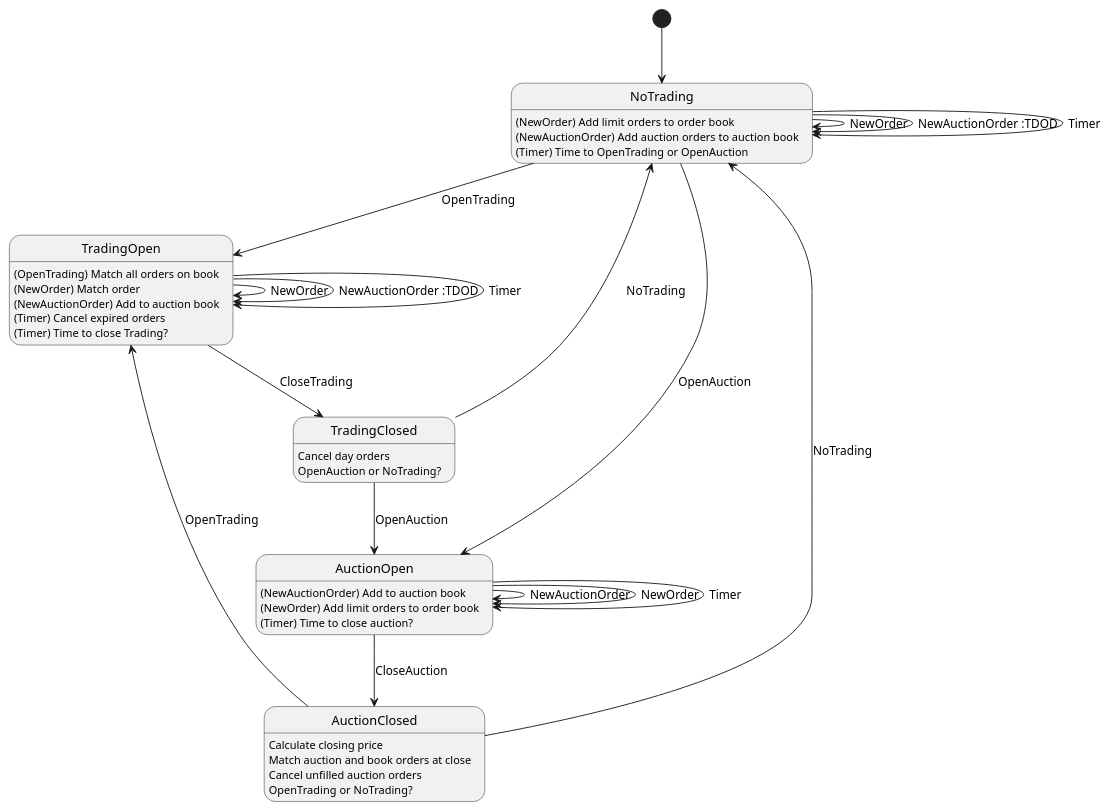
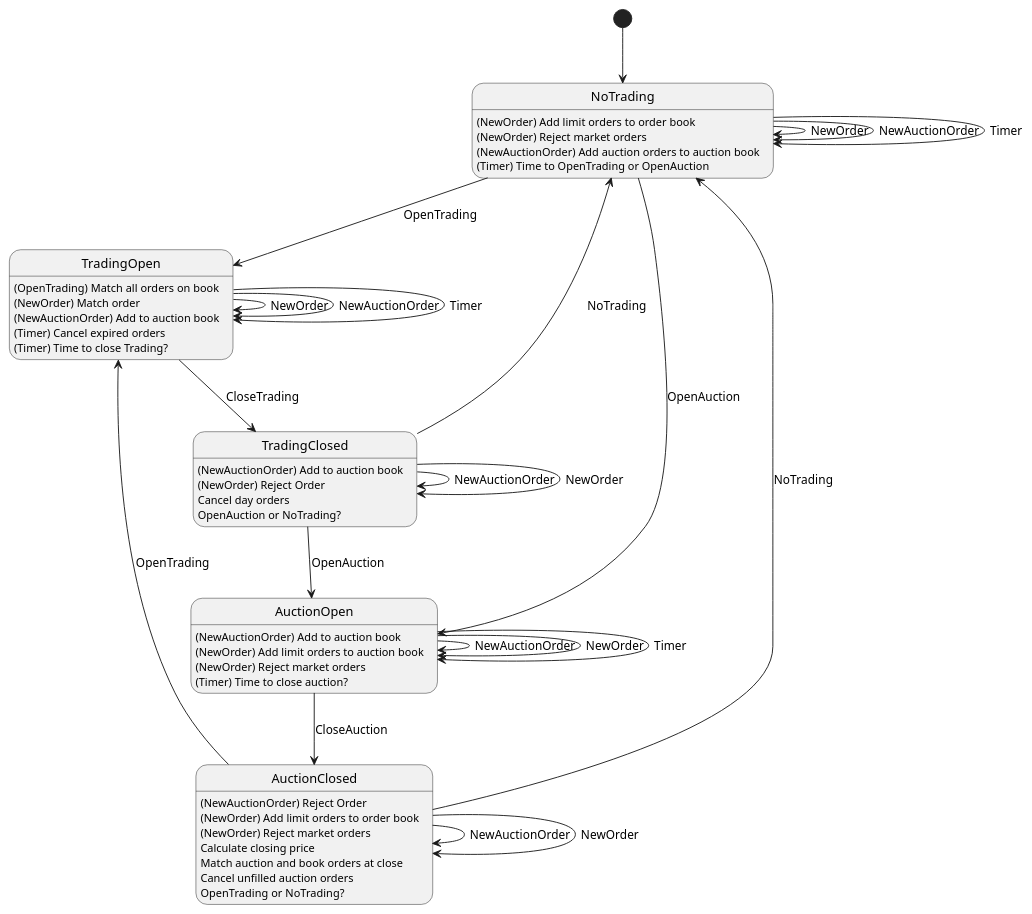
One commit to systematicmethods/orderbook changed the diagram in doc/OrderBook State.puml. Above: the diagram before and after it, drawn with PlantUML. The commit also changed 13 other files, not shown here.

Commit message:
feat: order book states

```diff
--- a/doc/OrderBook State.puml
+++ b/doc/OrderBook State.puml
@@ -1,42 +1,53 @@
 @startuml
 [*] --> NoTrading
 NoTrading --> TradingOpen: OpenTrading
 NoTrading --> AuctionOpen: OpenAuction
 NoTrading --> NoTrading: NewOrder
-NoTrading --> NoTrading: NewAuctionOrder :TDOD
+NoTrading --> NoTrading: NewAuctionOrder
 NoTrading --> NoTrading: Timer
 NoTrading: (NewOrder) Add limit orders to order book
+NoTrading: (NewOrder) Reject market orders
 NoTrading: (NewAuctionOrder) Add auction orders to auction book
 NoTrading: (Timer) Time to OpenTrading or OpenAuction
 
 TradingOpen --> TradingOpen: NewOrder
-TradingOpen --> TradingOpen: NewAuctionOrder :TDOD
+TradingOpen --> TradingOpen: NewAuctionOrder
 TradingOpen --> TradingOpen: Timer
 TradingOpen --> TradingClosed: CloseTrading
 TradingOpen: (OpenTrading) Match all orders on book
 TradingOpen: (NewOrder) Match order
 TradingOpen: (NewAuctionOrder) Add to auction book
 TradingOpen: (Timer) Cancel expired orders
 TradingOpen: (Timer) Time to close Trading?
 
 AuctionOpen --> AuctionClosed: CloseAuction
 AuctionOpen --> AuctionOpen: NewAuctionOrder
 AuctionOpen --> AuctionOpen: NewOrder
 AuctionOpen --> AuctionOpen: Timer
 AuctionOpen: (NewAuctionOrder) Add to auction book
-AuctionOpen: (NewOrder) Add limit orders to order book
+AuctionOpen: (NewOrder) Add limit orders to auction book
+AuctionOpen: (NewOrder) Reject market orders
 AuctionOpen: (Timer) Time to close auction?
 
 AuctionClosed --> NoTrading: NoTrading
 AuctionClosed --> TradingOpen: OpenTrading
+AuctionClosed --> AuctionClosed: NewAuctionOrder
+AuctionClosed --> AuctionClosed: NewOrder
+AuctionClosed: (NewAuctionOrder) Reject Order
+AuctionClosed: (NewOrder) Add limit orders to order book
+AuctionClosed: (NewOrder) Reject market orders
 AuctionClosed: Calculate closing price
 AuctionClosed: Match auction and book orders at close
 AuctionClosed: Cancel unfilled auction orders
 AuctionClosed: OpenTrading or NoTrading?
 
 TradingClosed --> NoTrading: NoTrading
 TradingClosed --> AuctionOpen: OpenAuction
+TradingClosed --> TradingClosed: NewAuctionOrder
+TradingClosed --> TradingClosed: NewOrder
+TradingClosed: (NewAuctionOrder) Add to auction book
+TradingClosed: (NewOrder) Reject Order
 TradingClosed: Cancel day orders
 TradingClosed: OpenAuction or NoTrading?
 
 @enduml
```
